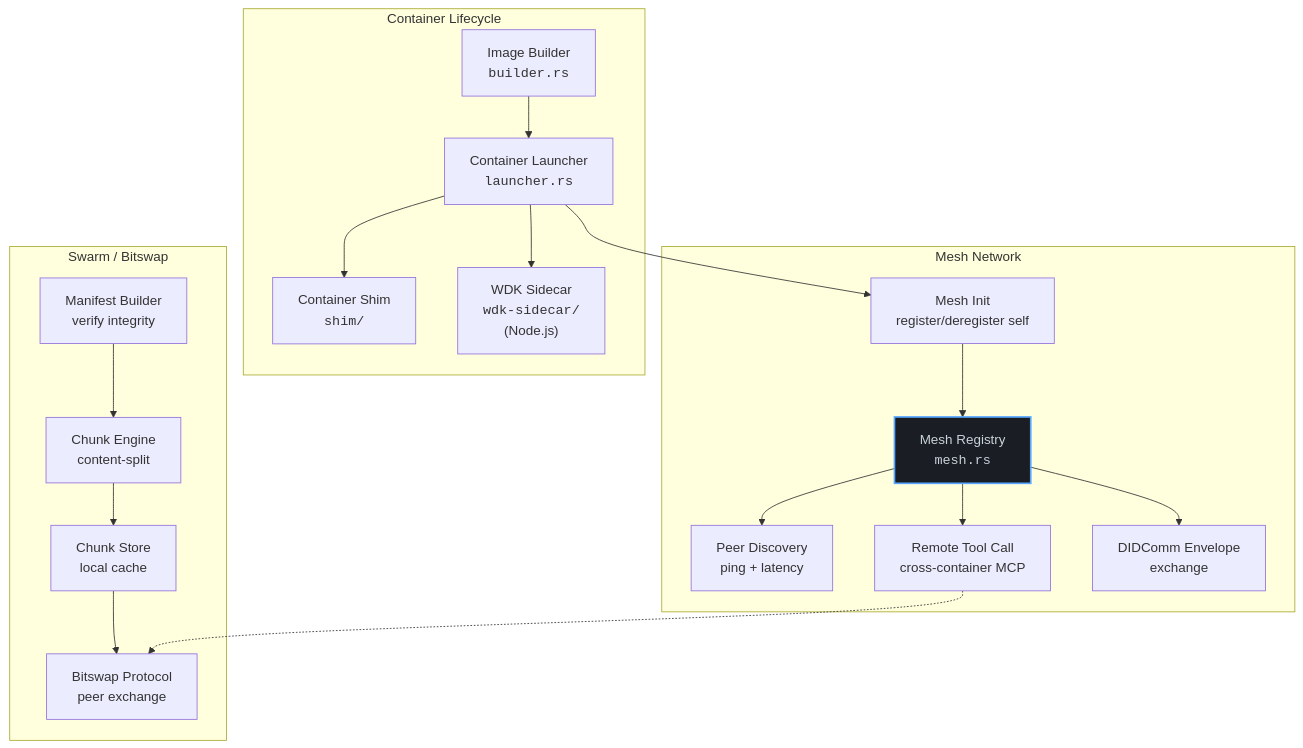
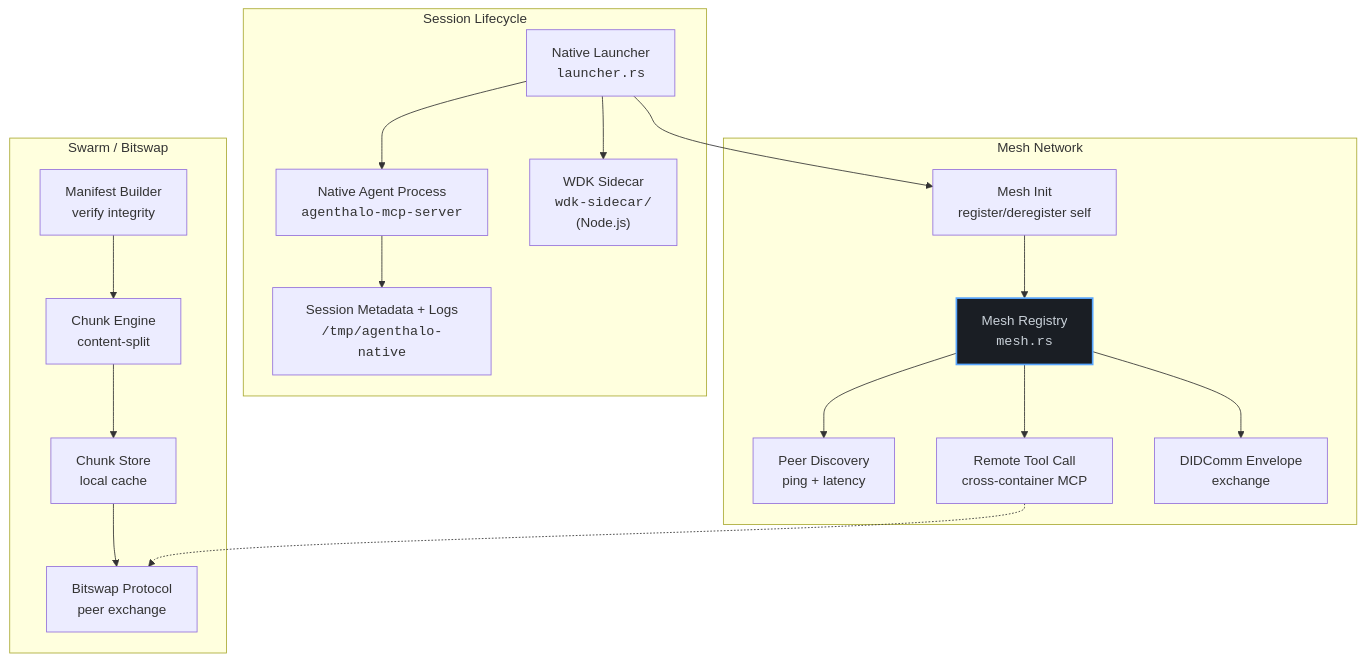
The ninth of 15 diagrams in Docs/SYSTEM_DIAGRAM.md (Abraxas1010/agenthalo), drawn with Mermaid before and after one commit. The commit also changed other lines of this file and 45 other files, not shown here.

Commit message:
[AGENTHALO] replace Docker runtime with native proven wrapper

````diff
--- a/Docs/SYSTEM_DIAGRAM.md
+++ b/Docs/SYSTEM_DIAGRAM.md
@@ -550,42 +550,42 @@
 ```mermaid
 graph TB
-    subgraph "Container Lifecycle"
-        BUILD["Image Builder<br/><code>builder.rs</code>"]
-        LAUNCH["Container Launcher<br/><code>launcher.rs</code>"]
-        SHIM["Container Shim<br/><code>shim/</code>"]
+    subgraph "Session Lifecycle"
+        LAUNCH["Native Launcher<br/><code>launcher.rs</code>"]
+        PROC["Native Agent Process<br/><code>agenthalo-mcp-server</code>"]
+        SESSION["Session Metadata + Logs<br/><code>/tmp/agenthalo-native</code>"]
         SIDECAR["WDK Sidecar<br/><code>wdk-sidecar/</code><br/>(Node.js)"]
     end
 
     subgraph "Mesh Network"
         MESH["Mesh Registry<br/><code>mesh.rs</code>"]
         MINIT["Mesh Init<br/>register/deregister self"]
         PEER["Peer Discovery<br/>ping + latency"]
         REMOTE["Remote Tool Call<br/>cross-container MCP"]
         ENV["DIDComm Envelope<br/>exchange"]
     end
 
     subgraph "Swarm / Bitswap"
         CHUNK["Chunk Engine<br/>content-split"]
         CSTORE["Chunk Store<br/>local cache"]
         BSWAP["Bitswap Protocol<br/>peer exchange"]
         MANIFEST["Manifest Builder<br/>verify integrity"]
     end
 
-    BUILD --> LAUNCH
-    LAUNCH --> SHIM
+    LAUNCH --> PROC
+    PROC --> SESSION
     LAUNCH --> SIDECAR
     LAUNCH --> MINIT
 
     MINIT --> MESH
     MESH --> PEER
     MESH --> REMOTE
     MESH --> ENV
 
     CHUNK --> CSTORE
     CSTORE --> BSWAP
     MANIFEST --> CHUNK
 
     REMOTE -.-> BSWAP
 
     style MESH fill:#1a1e24,stroke:#58a6ff,stroke-width:2px,color:#c9d1d9
 ```
````
